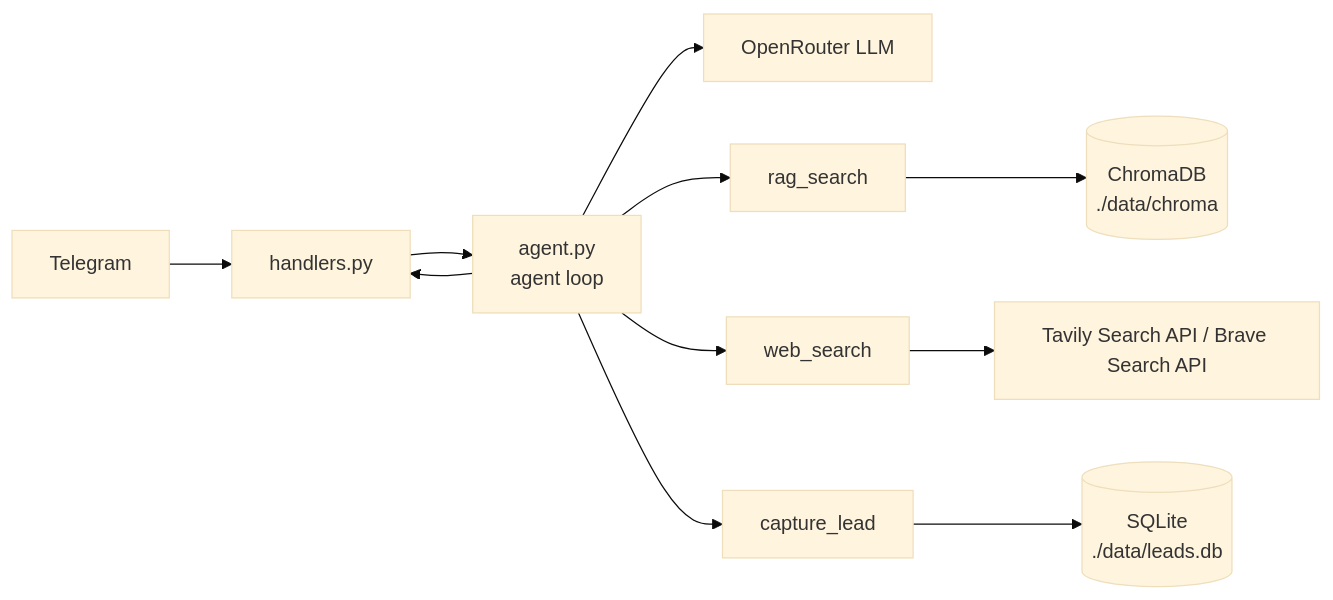
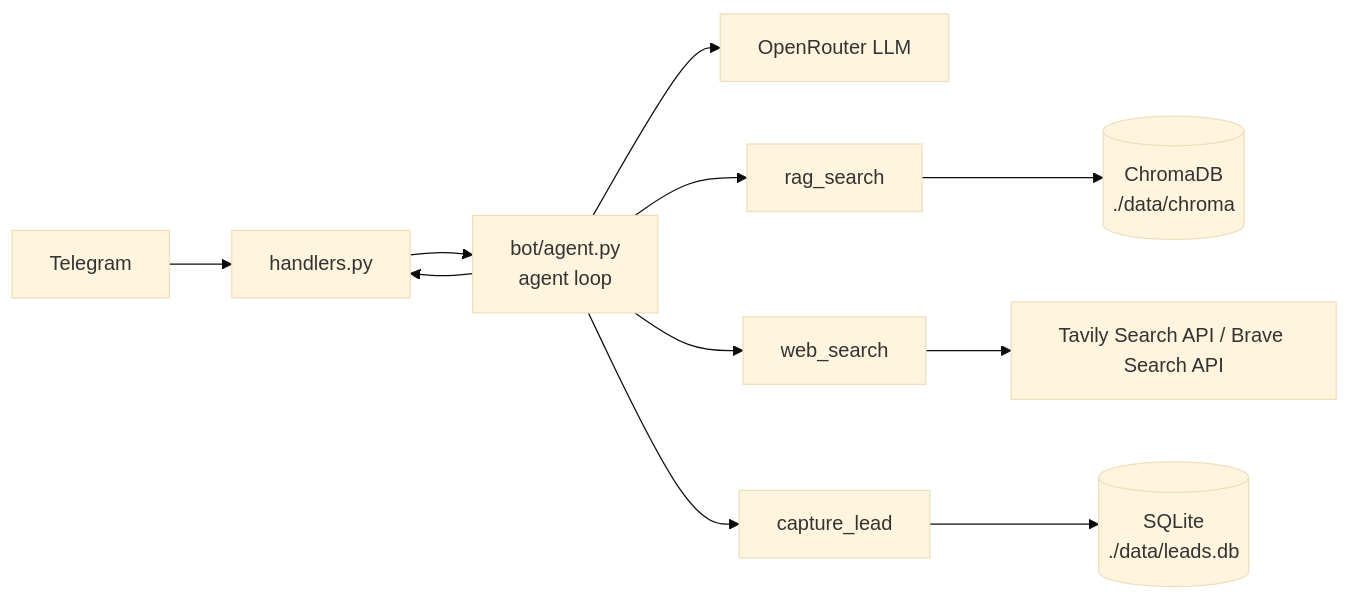
One commit to zatulik2606/aidz1 changed the diagram in vision.md. Above: the diagram before and after it, drawn with Mermaid (base theme). The commit also changed other lines of this file and 12 other files, not shown here.

````diff
--- a/vision.md
+++ b/vision.md
@@ -59,13 +57,13 @@
 ```mermaid
 flowchart LR
     TG[Telegram] --> H[handlers.py]
-    H --> AG[agent.py\nagent loop]
+    H --> AG[bot/agent.py\nagent loop]
     AG --> LLM[OpenRouter LLM]
     AG --> RAG[rag_search]
     AG --> WEB[web_search]
     AG --> LEAD[capture_lead]
     RAG --> CH[(ChromaDB\n./data/chroma)]
     WEB --> TV[Tavily Search API / Brave Search API]
     LEAD --> DB[(SQLite\n./data/leads.db)]
     AG --> H
 ```
````
